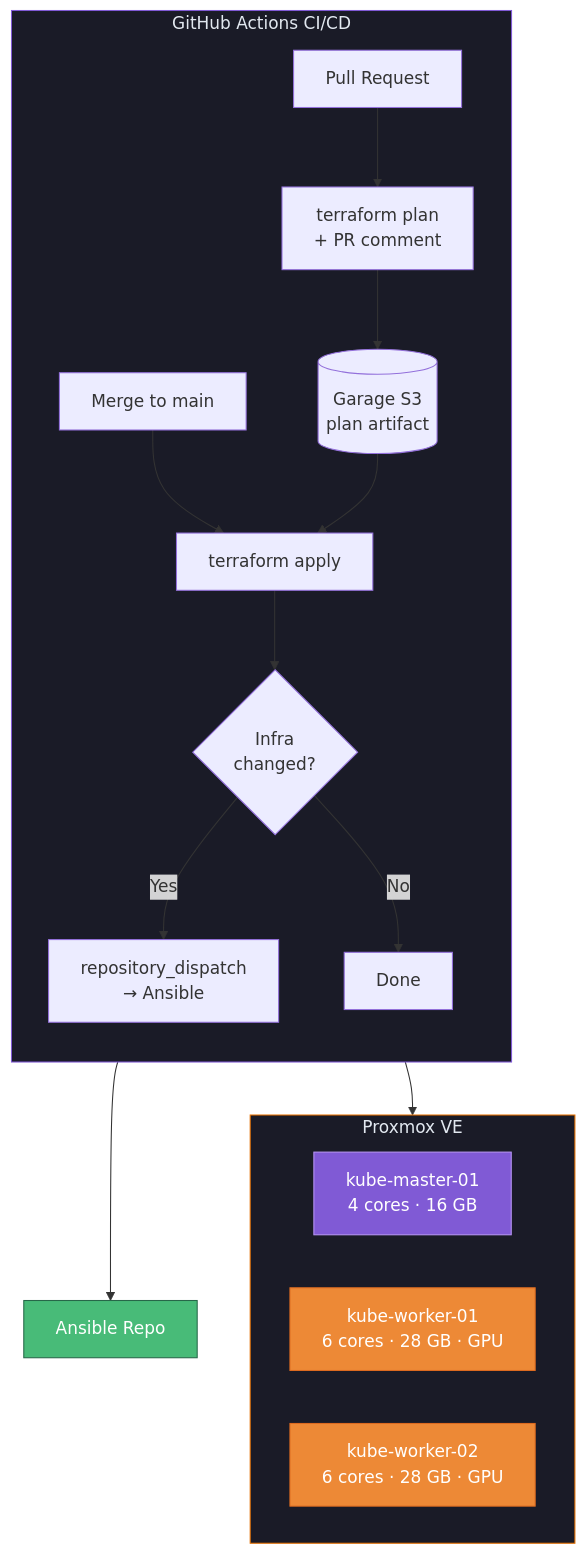
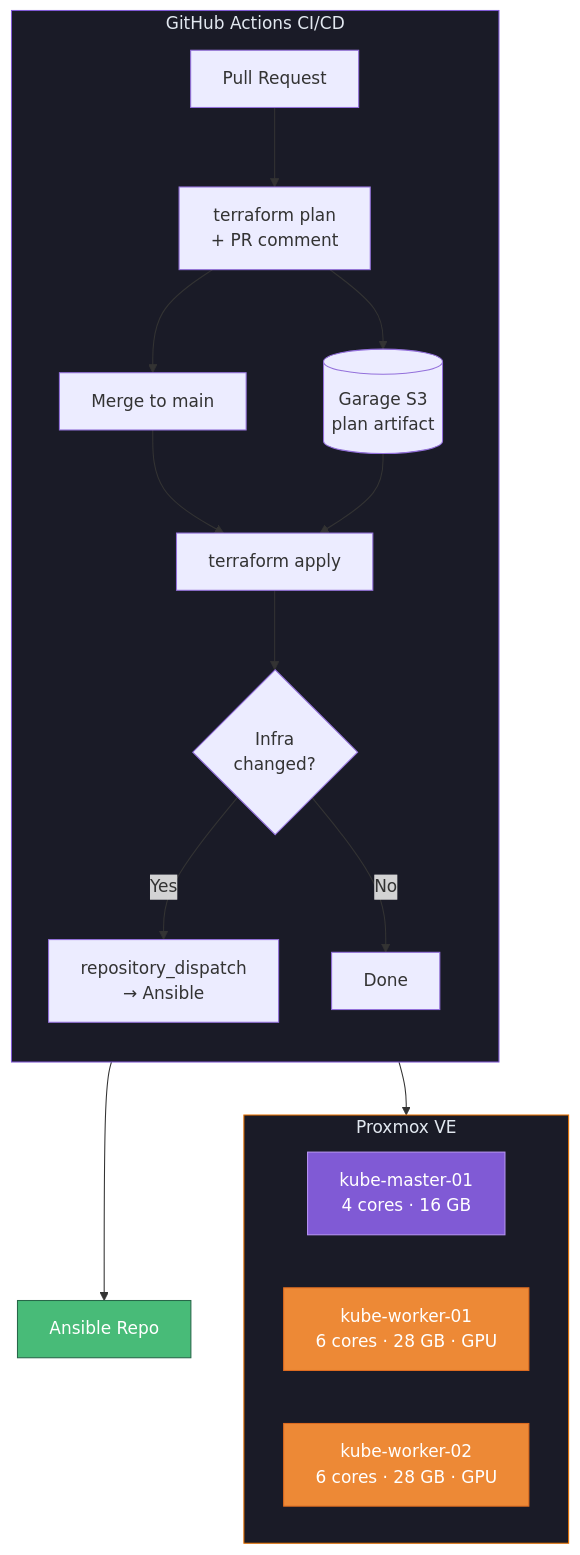
The first of 4 diagrams in README.md (Starktastic-Homelab/terraform), drawn with Mermaid before and after one commit. The commit also changed other lines of this file, not shown here.

Commit message:
docs: fix overview Plan→Merge connection and destroy→apply flow

````diff
--- a/README.md
+++ b/README.md
@@ -16,29 +16,30 @@
 ```mermaid
 flowchart TB
     subgraph ci["GitHub Actions CI/CD"]
         direction TB
         PR["Pull Request"] --> Plan["terraform plan\n+ PR comment"]
         Plan --> S3[("Garage S3\nplan artifact")]
-        Merge["Merge to main"] --> Apply["terraform apply"]
+        Plan --> Merge["Merge to main"]
+        Merge --> Apply["terraform apply"]
         S3 --> Apply
         Apply --> Check{"Infra\nchanged?"}
         Check -- "Yes" --> Dispatch["repository_dispatch\n→ Ansible"]
         Check -- "No" --> Done["Done"]
     end
 
     subgraph proxmox["Proxmox VE"]
         Master["kube-master-01\n4 cores · 16 GB"]
         W1["kube-worker-01\n6 cores · 28 GB · GPU"]
         W2["kube-worker-02\n6 cores · 28 GB · GPU"]
     end
 
     Apply --> proxmox
     Dispatch --> Ansible["Ansible Repo"]
 
     style ci fill:#1a1b27,stroke:#805ad5,color:#e2e8f0
     style proxmox fill:#1a1b27,stroke:#e57000,color:#e2e8f0
     style Master fill:#805ad5,stroke:#b794f4,color:#fff
     style W1 fill:#ed8936,stroke:#dd6b20,color:#fff
     style W2 fill:#ed8936,stroke:#dd6b20,color:#fff
     style Ansible fill:#48bb78,stroke:#276749,color:#fff
 ```
````
